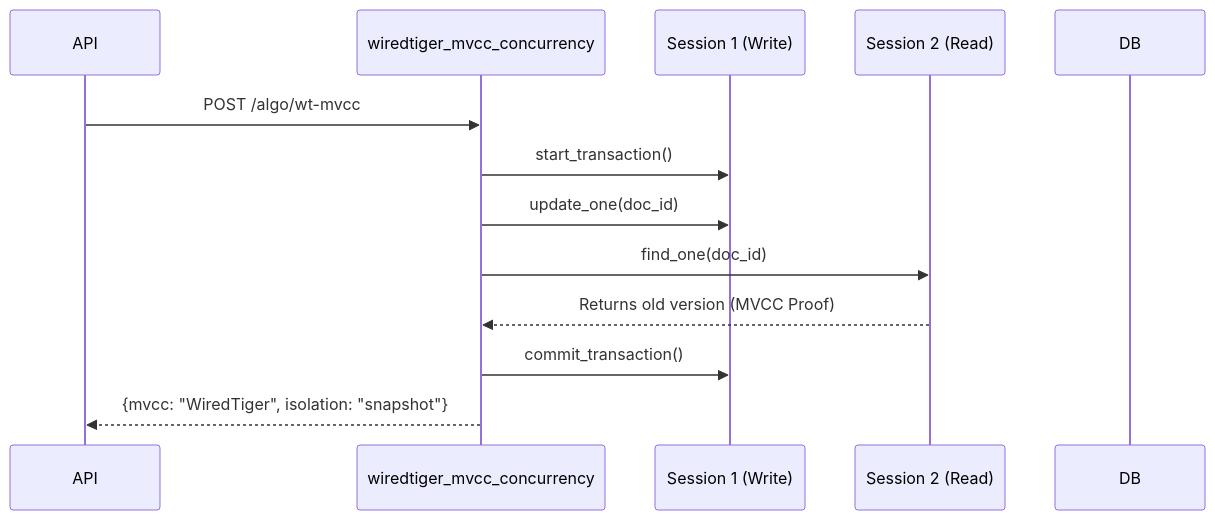
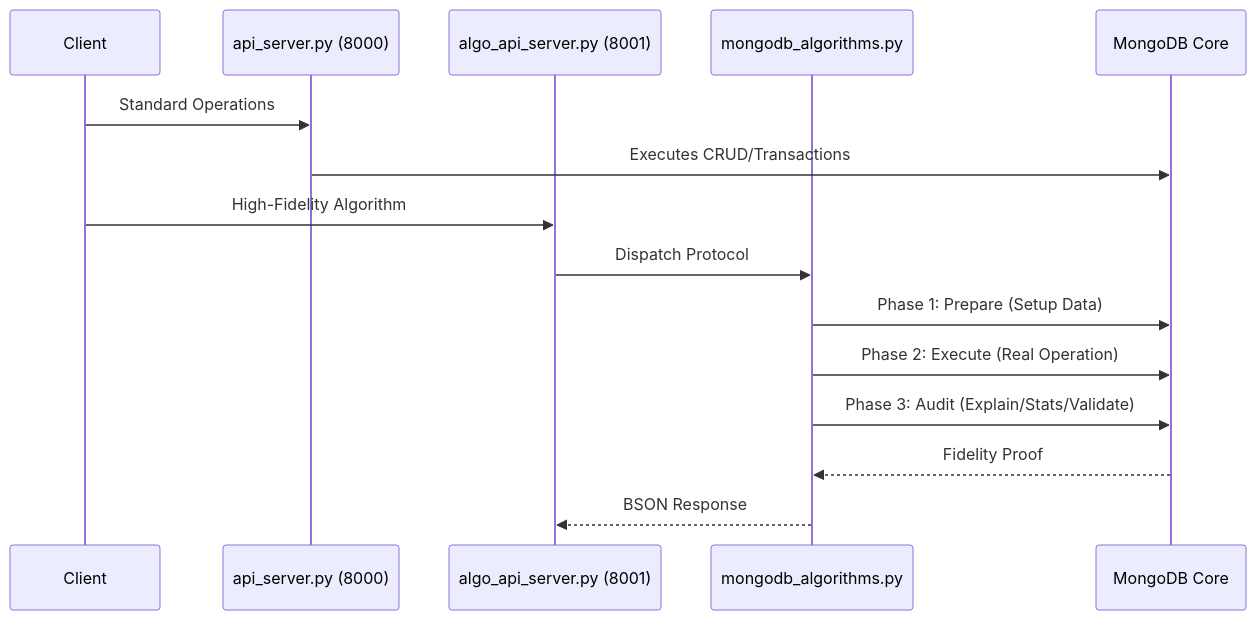
Before and after one commit to Chief-Strategist-J/llm-observability-platform: the first of 6 diagrams in infrastructure/database/mongodb/API_DOCUMENTATION.md, drawn with Mermaid. The commit also changed other lines of this file and 1 other file, not shown here.

````diff
--- a/infrastructure/database/mongodb/API_DOCUMENTATION.md
+++ b/infrastructure/database/mongodb/API_DOCUMENTATION.md
@@ -42,16 +9,19 @@
 ```mermaid
 sequenceDiagram
-    participant API
-    participant Algo as wiredtiger_mvcc_concurrency
-    participant S1 as Session 1 (Write)
-    participant S2 as Session 2 (Read)
-    participant DB
+    participant Client
+    participant API_A as api_server.py (8000)
+    participant API_B as algo_api_server.py (8001)
+    participant Engine as mongodb_algorithms.py
+    participant DB as MongoDB Core
     
-    API->>Algo: POST /algo/wt-mvcc
-    Algo->>S1: start_transaction()
-    Algo->>S1: update_one(doc_id)
-    Algo->>S2: find_one(doc_id)
-    S2-->>Algo: Returns old version (MVCC Proof)
-    Algo->>S1: commit_transaction()
-    Algo-->>API: {mvcc: "WiredTiger", isolation: "snapshot"}
+    Client->>API_A: Standard Operations
+    API_A->>DB: Executes CRUD/Transactions
+    
+    Client->>API_B: High-Fidelity Algorithm
+    API_B->>Engine: Dispatch Protocol
+    Engine->>DB: Phase 1: Prepare (Setup Data)
+    Engine->>DB: Phase 2: Execute (Real Operation)
+    Engine->>DB: Phase 3: Audit (Explain/Stats/Validate)
+    DB-->>Engine: Fidelity Proof
+    Engine-->>API_B: BSON Response
 ```
````
